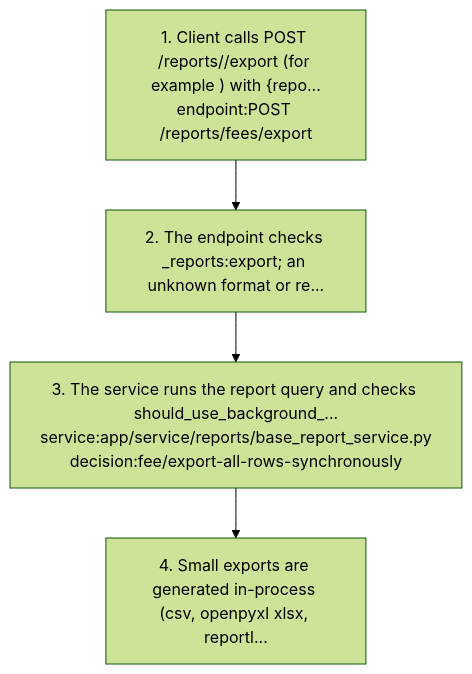
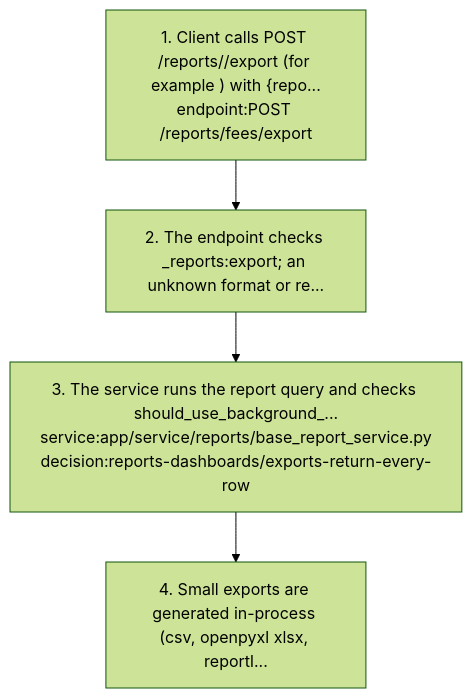
The third of 6 diagrams in docs/graph/views/reports-dashboards.md (nerellasraj21/cos360_full_app), drawn with Mermaid (forest theme) before and after one commit. The commit also changed other lines of this file and 11 other files, not shown here.

First line of the commit message:
Export every row from all report groups; fix staff summary xlsx

````diff
--- a/docs/graph/views/reports-dashboards.md
+++ b/docs/graph/views/reports-dashboards.md
@@ -209,10 +211,10 @@
 ```mermaid
 flowchart TD
   s1["1. Client calls POST /reports/<group>/export (for example ) with {repo...<br/>endpoint:POST /reports/fees/export"]
   s2["2. The endpoint checks <group>_reports:export; an unknown format or re..."]
   s1 --> s2
-  s3["3. The service runs the report query and checks should_use_background_...<br/>service:app/service/reports/base_report_service.py<br/>decision:fee/export-all-rows-synchronously"]
+  s3["3. The service runs the report query and checks should_use_background_...<br/>service:app/service/reports/base_report_service.py<br/>decision:reports-dashboards/exports-return-every-row"]
   s2 --> s3
   s4["4. Small exports are generated in-process (csv, openpyxl xlsx, reportl..."]
   s3 --> s4
 ```
````
